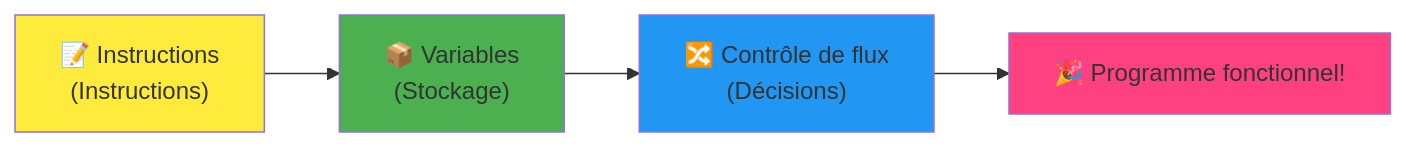
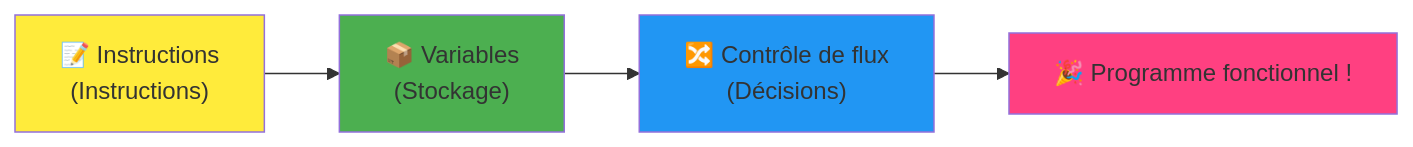
Before and after one commit to microsoft/Web-Dev-For-Beginners: the fourth of 7 diagrams in translations/fr/1-getting-started-lessons/1-intro-to-programming-languages/README.md, drawn with Mermaid. The commit also changed other lines of this file and 8 other files, not shown here.

````diff
--- a/translations/fr/1-getting-started-lessons/1-intro-to-programming-languages/README.md
+++ b/translations/fr/1-getting-started-lessons/1-intro-to-programming-languages/README.md
@@ -465,9 +467,9 @@
 ```mermaid
 flowchart LR
-    A["📝 Instructions<br/>(Instructions)"] --> B["📦 Variables<br/>(Stockage)"] --> C["🔀 Contrôle de flux<br/>(Décisions)"] --> D["🎉 Programme fonctionnel!"]
+    A["📝 Instructions<br/>(Instructions)"] --> B["📦 Variables<br/>(Stockage)"] --> C["🔀 Contrôle de flux<br/>(Décisions)"] --> D["🎉 Programme fonctionnel !"]
     
     style A fill:#ffeb3b
     style B fill:#4caf50
     style C fill:#2196f3
     style D fill:#ff4081
 ```
````
